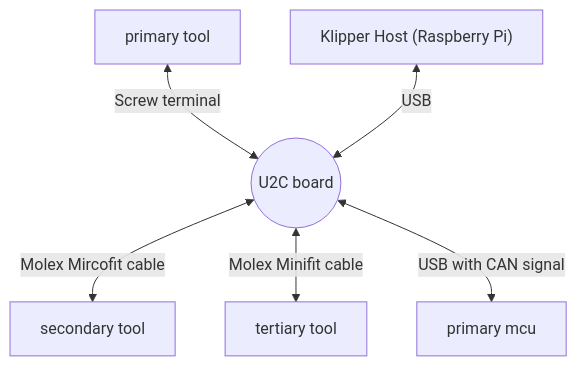
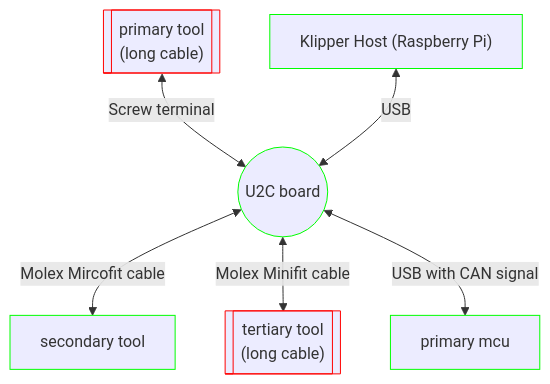
The fourth of 9 diagrams in can.md (willpuckett/kb_can), drawn with Mermaid before and after one commit. The commit also changed other lines of this file and 1 other file, not shown here.

````diff
--- a/can.md
+++ b/can.md
@@ -178,15 +200,21 @@
 ```mermaid
 graph TD;
-    sbc["Klipper Host (Raspberry Pi)"]
-    u2c((U2C board))
-    t0[primary tool]
-    t1[secondary tool]
-    t2[tertiary tool]
-    primary[primary mcu]
+    classDef term stroke:#f00
+    classDef can stroke:#0f0
+    classDef nc stroke:#00f
+
+    sbc["Klipper Host (Raspberry Pi)"]:::can
+    u2c((U2C board)):::can
+    t0[["`primary tool
+   (long cable)`"]]:::term
+    t1[secondary tool]:::can
+    t2[["`tertiary tool
+    (long cable)`"]]:::term
+    primary[primary mcu]:::can
 
     t0 <--Screw terminal--> u2c
     sbc <--USB--> u2c 
     u2c <--Molex Mircofit cable--> t1 
     u2c <--Molex Minifit cable-->  t2 
     u2c <-- USB with CAN signal--> primary
 ```
````
